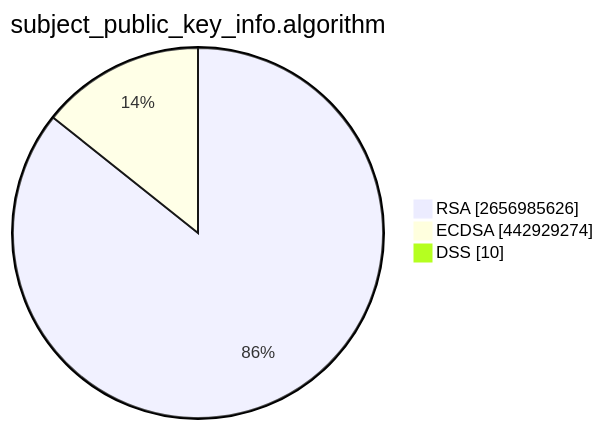
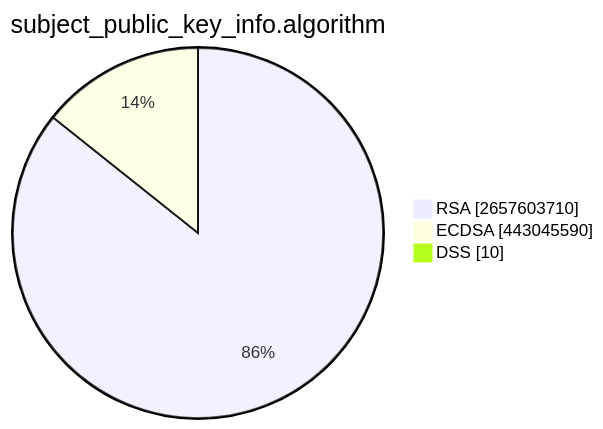
One commit to christiankrug/ctmonitor_visualization changed the second of 15 diagrams in TOTAL/README.md. Above: the diagram before and after it, drawn with Mermaid. The commit also changed other lines of this file, not shown here.

````diff
--- a/TOTAL/README.md
+++ b/TOTAL/README.md
@@ -6,7 +6,7 @@
 ```mermaid
 pie showData
 title subject_public_key_info.algorithm
-"RSA" :2656985626
-"ECDSA" :442929274
+"RSA" :2657603710
+"ECDSA" :443045590
 "DSS" :10
 ```
````
